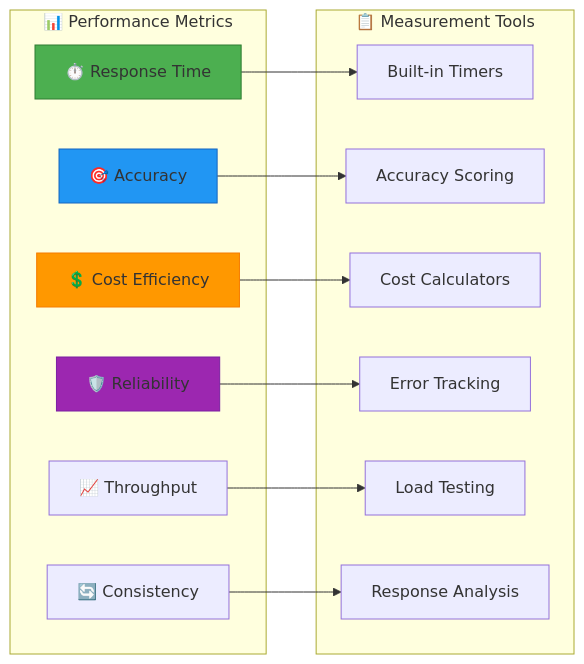
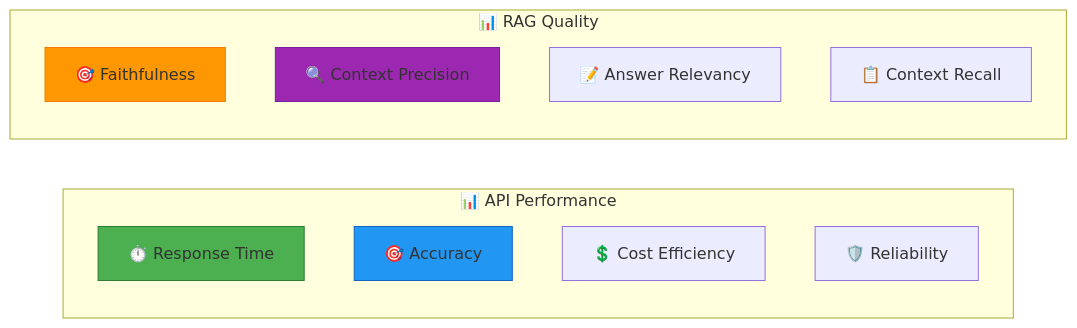
Before and after one commit to dhruvsh1997/LiteLLM-Experiments: the seventh of 8 diagrams in README.MD, drawn with Mermaid. The commit also changed other lines of this file, not shown here.

````diff
--- a/README.MD
+++ b/README.MD
@@ -443,32 +397,21 @@
 ```mermaid
 graph LR
-    subgraph "📊 Performance Metrics"
+    subgraph "📊 API Performance"
         A[⏱️ Response Time]
         B[🎯 Accuracy]
         C[💲 Cost Efficiency]
         D[🛡️ Reliability]
-        E[📈 Throughput]
-        F[🔄 Consistency]
     end
     
-    subgraph "📋 Measurement Tools"
-        G[Built-in Timers]
-        H[Accuracy Scoring]
-        I[Cost Calculators]
-        J[Error Tracking]
-        K[Load Testing]
-        L[Response Analysis]
+    subgraph "📊 RAG Quality"
+        E[🎯 Faithfulness]
+        F[🔍 Context Precision]
+        G[📝 Answer Relevancy]
+        H[📋 Context Recall]
     end
-    
-    A --> G
-    B --> H
-    C --> I
-    D --> J
-    E --> K
-    F --> L
     
     style A fill:#4CAF50,stroke:#2E7D32
     style B fill:#2196F3,stroke:#1565C0
-    style C fill:#FF9800,stroke:#F57C00
-    style D fill:#9C27B0,stroke:#7B1FA2
+    style E fill:#FF9800,stroke:#F57C00
+    style F fill:#9C27B0,stroke:#7B1FA2
 ```
````
